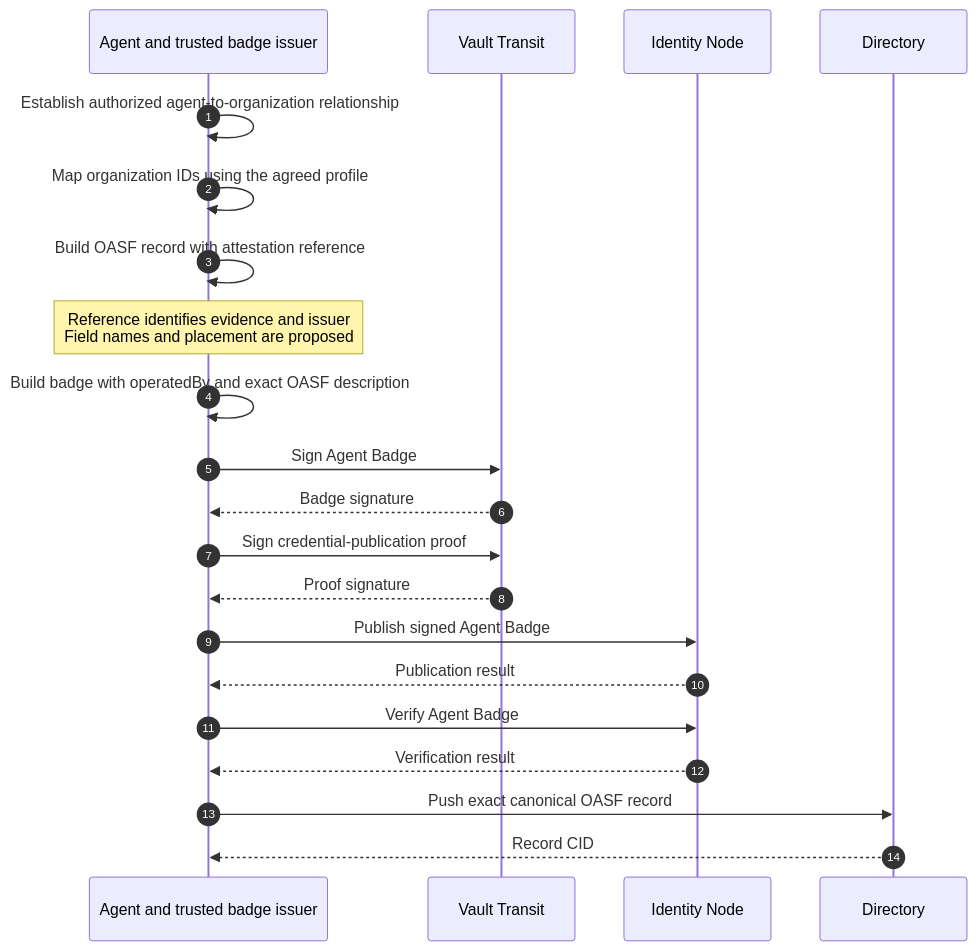
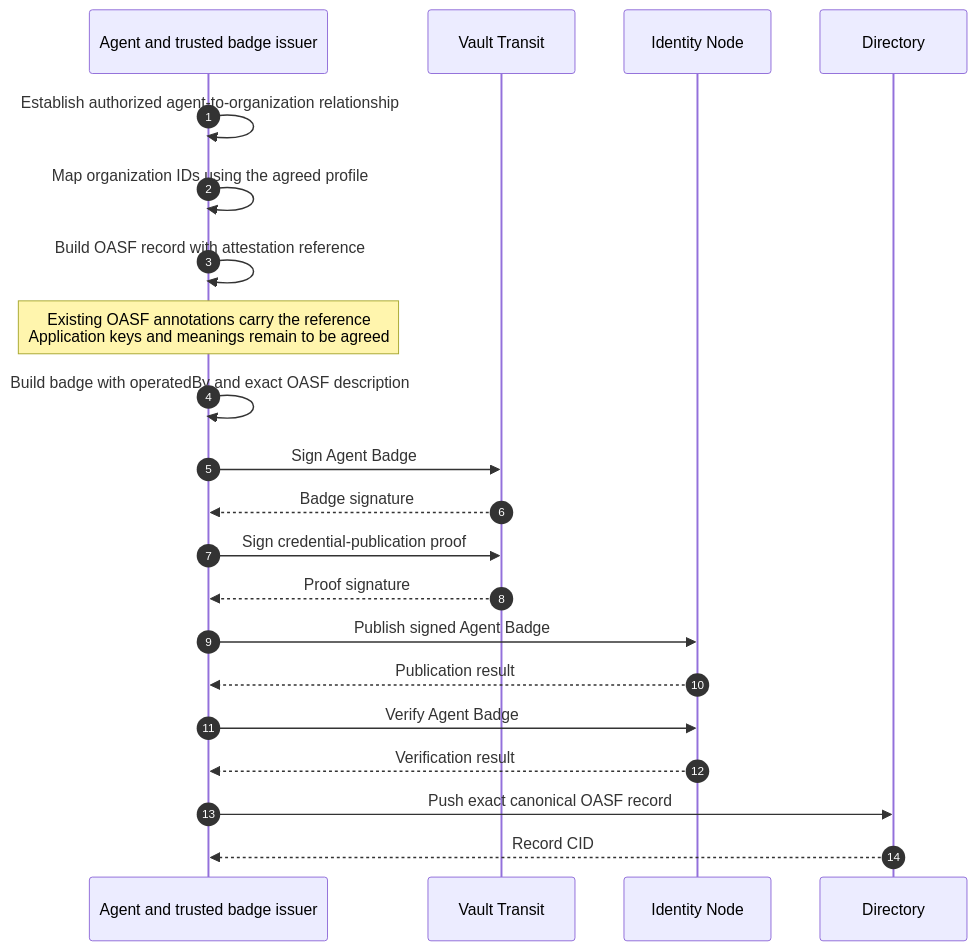
One commit to agntcy/agent-identity-demos changed the third of 7 diagrams in docs/cross-domain/dnb-attestation-proposal.md. Above: the diagram before and after it, drawn with Mermaid. The commit also changed other lines of this file, not shown here.

````diff
--- a/docs/cross-domain/dnb-attestation-proposal.md
+++ b/docs/cross-domain/dnb-attestation-proposal.md
@@ -83,23 +106,23 @@
 ```mermaid
 sequenceDiagram
     autonumber
     participant A as Agent and trusted badge issuer
     participant V as Vault Transit
     participant N as Identity Node
     participant D as Directory
     A->>A: Establish authorized agent-to-organization relationship
     A->>A: Map organization IDs using the agreed profile
     A->>A: Build OASF record with attestation reference
-    Note over A: Reference identifies evidence and issuer<br/>Field names and placement are proposed
+    Note over A: Existing OASF annotations carry the reference<br/>Application keys and meanings remain to be agreed
     A->>A: Build badge with operatedBy and exact OASF description
     A->>V: Sign Agent Badge
     V-->>A: Badge signature
     A->>V: Sign credential-publication proof
     V-->>A: Proof signature
     A->>N: Publish signed Agent Badge
     N-->>A: Publication result
     A->>N: Verify Agent Badge
     N-->>A: Verification result
     A->>D: Push exact canonical OASF record
     D-->>A: Record CID
 ```
````
